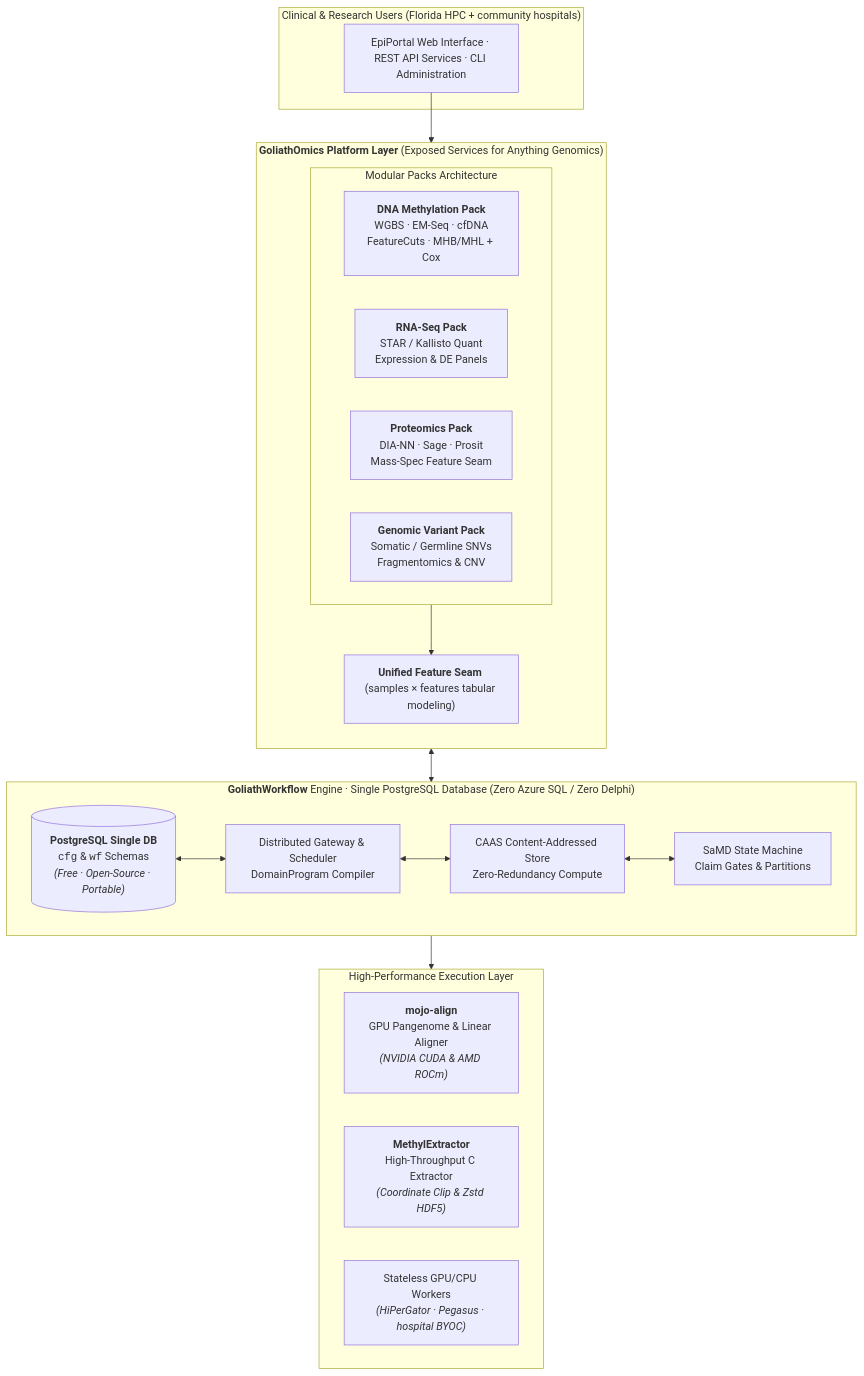
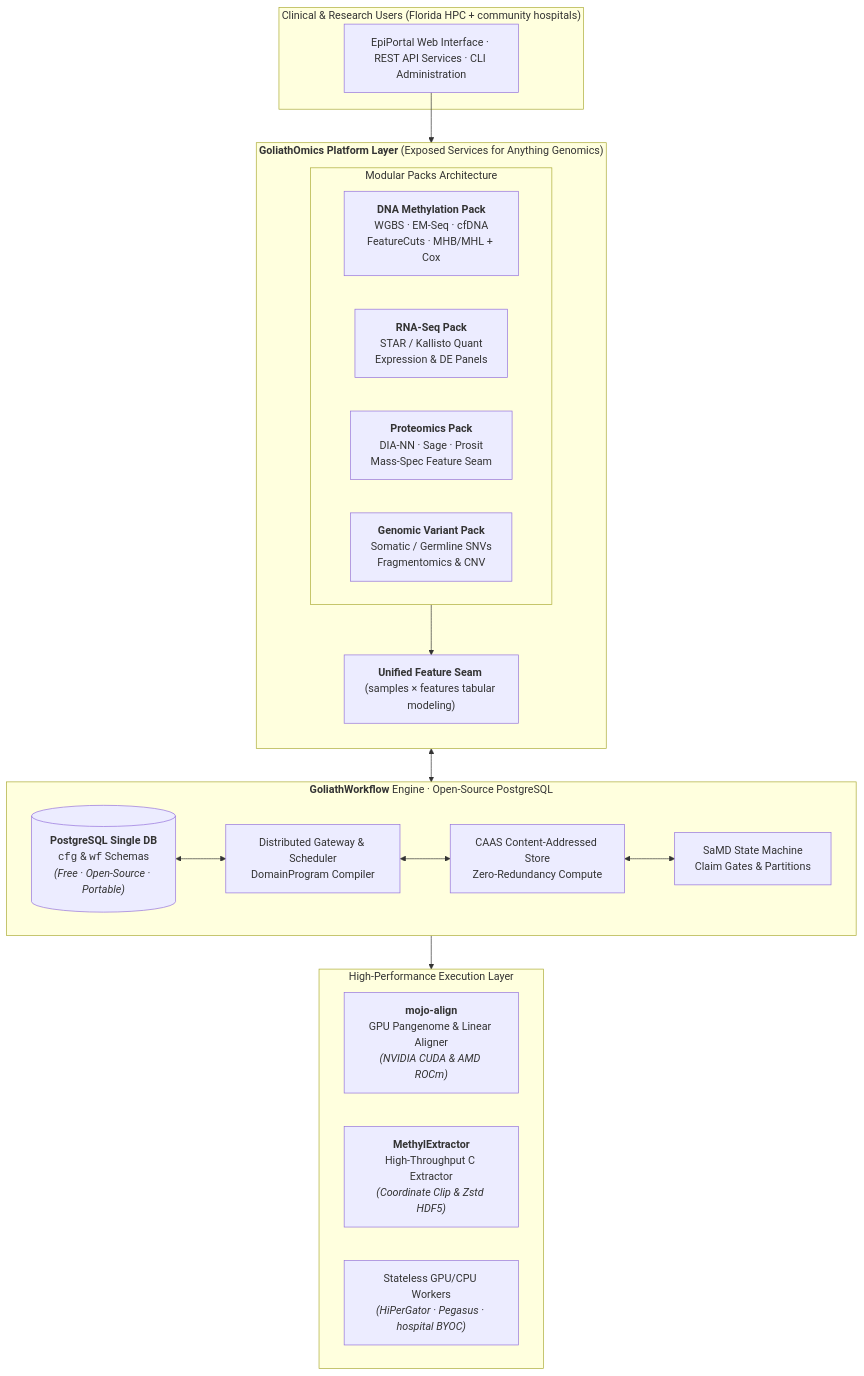
The first of 3 diagrams in docs/research/florida-community-access-partnership-brief.md (Goliath-Research/GoliathWorkflow), drawn with Mermaid before and after one commit. The commit also changed other lines of this file, not shown here.

````diff
--- a/docs/research/florida-community-access-partnership-brief.md
+++ b/docs/research/florida-community-access-partnership-brief.md
@@ -38,38 +38,38 @@
 ```mermaid
 flowchart TB
     subgraph Client_Layer["Clinical & Research Users (Florida HPC + community hospitals)"]
         UI["EpiPortal Web Interface · REST API Services · CLI Administration"]
     end
 
     subgraph GoliathOmics_Platform["<b>GoliathOmics Platform Layer</b> (Exposed Services for Anything Genomics)"]
         direction TB
         subgraph Packs["Modular Packs Architecture"]
             direction LR
             P_METH["<b>DNA Methylation Pack</b><br/>WGBS · EM-Seq · cfDNA<br/>FeatureCuts · MHB/MHL + Cox"]
             P_RNA["<b>RNA-Seq Pack</b><br/>STAR / Kallisto Quant<br/>Expression & DE Panels"]
             P_PROT["<b>Proteomics Pack</b><br/>DIA-NN · Sage · Prosit<br/>Mass-Spec Feature Seam"]
             P_VAR["<b>Genomic Variant Pack</b><br/>Somatic / Germline SNVs<br/>Fragmentomics & CNV"]
         end
         FEAT_SEAM["<b>Unified Feature Seam</b> (samples × features tabular modeling)"]
         Packs --> FEAT_SEAM
     end
 
-    subgraph Backend_Engine["<b>GoliathWorkflow</b> Engine · Single PostgreSQL Database (Zero Azure SQL / Zero Delphi)"]
+    subgraph Backend_Engine["<b>GoliathWorkflow</b> Engine · Open-Source PostgreSQL"]
         direction LR
         DB[("<b>PostgreSQL Single DB</b><br/><code>cfg</code> & <code>wf</code> Schemas<br/><i>(Free · Open-Source · Portable)</i>")]
         GW_ENG["Distributed Gateway & Scheduler<br/>DomainProgram Compiler"]
         CAAS["CAAS Content-Addressed Store<br/>Zero-Redundancy Compute"]
         SAMD["SaMD State Machine<br/>Claim Gates & Partitions"]
         DB <--> GW_ENG <--> CAAS <--> SAMD
     end
 
     subgraph Compute_Hardware["High-Performance Execution Layer"]
         MA["<b>mojo-align</b><br/>GPU Pangenome & Linear Aligner<br/><i>(NVIDIA CUDA & AMD ROCm)</i>"]
         ME["<b>MethylExtractor</b><br/>High-Throughput C Extractor<br/><i>(Coordinate Clip & Zstd HDF5)</i>"]
         WORKERS["Stateless GPU/CPU Workers<br/><i>(HiPerGator · Pegasus · hospital BYOC)</i>"]
     end
 
     UI --> GoliathOmics_Platform
     GoliathOmics_Platform <--> Backend_Engine
     Backend_Engine --> Compute_Hardware
 ```
````
